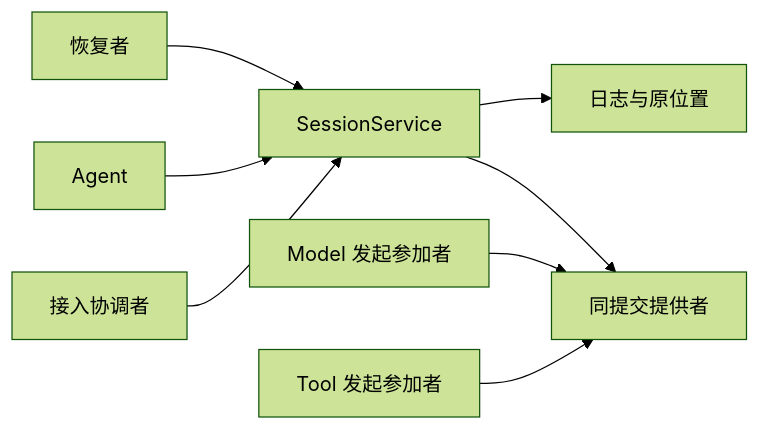
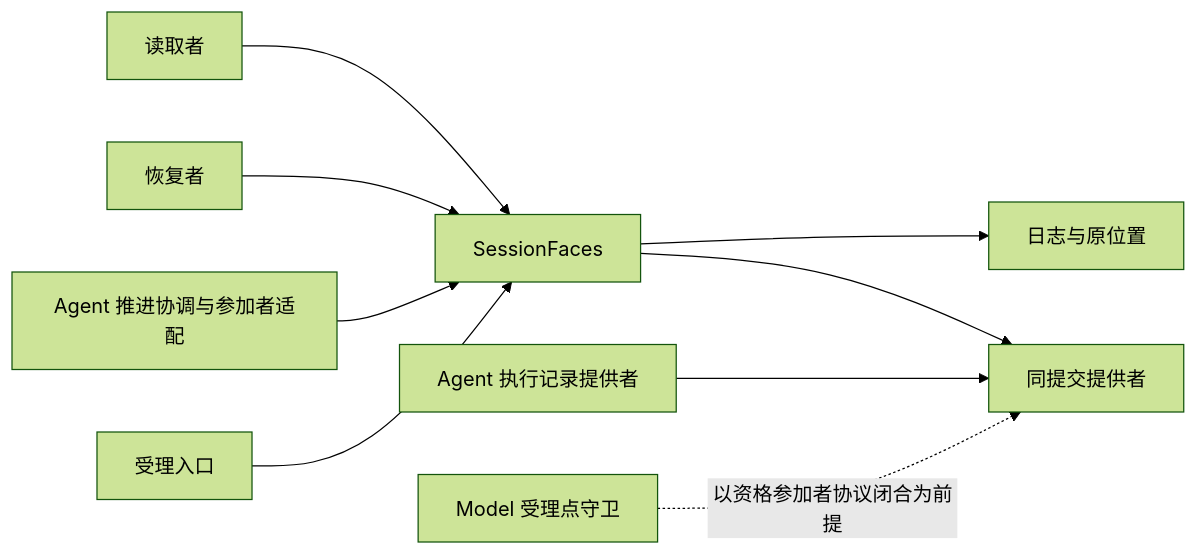
Before and after one commit to nemori-ai/omne-harness-lite: the first of 2 diagrams in packages/session/session-contract/docs/context.md, drawn with Mermaid (forest theme). The commit also changed other lines of this file and 16 other files, not shown here.

````diff
--- a/packages/session/session-contract/docs/context.md
+++ b/packages/session/session-contract/docs/context.md
@@ -9,10 +9,11 @@
 ```mermaid
 flowchart LR
-  Access[接入协调者] --> Session[SessionService]
-  Agent[Agent] --> Session
+  Intake[受理入口] --> Session[SessionFaces]
+  Coord[Agent 推进协调与参加者适配] --> Session
   Recovery[恢复者] --> Session
+  Reader[读取者] --> Session
   Session --> Transaction[同提交提供者]
-  Model[Model 发起参加者] --> Transaction
-  Tool[Tool 发起参加者] --> Transaction
+  Journal[Agent 执行记录提供者] --> Transaction
+  Model[Model 受理点守卫] -. 以资格参加者协议闭合为前提 .-> Transaction
   Session --> History[日志与原位置]
 ```
````
